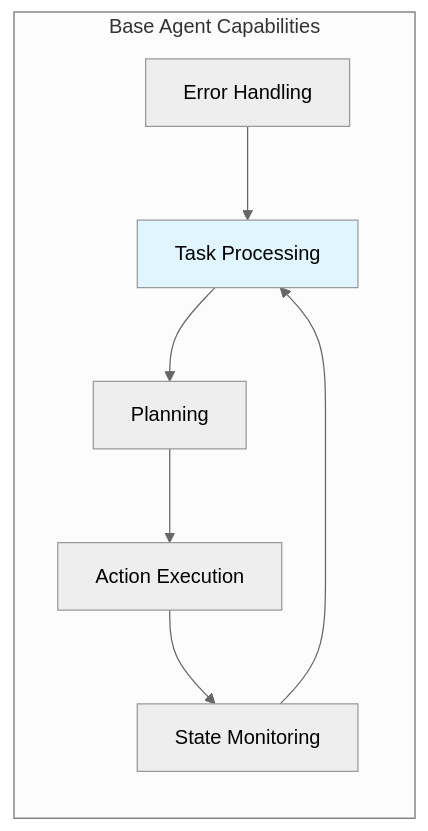
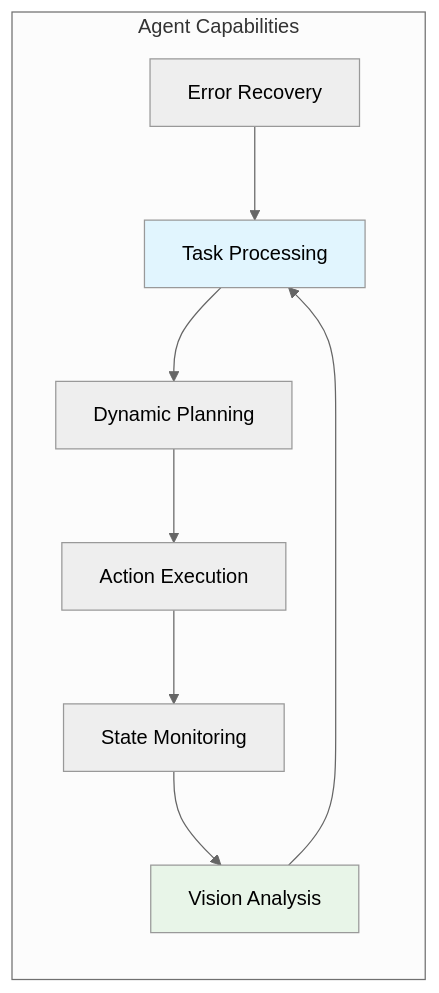
One commit to Sathursan-S/Browser.AI changed the second of 8 diagrams in docs/agent-implementation.md. Above: the diagram before and after it, drawn with Mermaid (neutral theme). The commit also changed other lines of this file, not shown here.

Commit message:
Fix agent implementation documentation to reflect actual codebase - remove non-existent LangGraph and CrewAI agents

````diff
--- a/docs/agent-implementation.md
+++ b/docs/agent-implementation.md
@@ -90,18 +105,21 @@
 ```mermaid
 graph LR
-    subgraph "Base Agent Capabilities"
+    subgraph "Agent Capabilities"
         Task[Task Processing]
-        Plan[Planning]
+        Plan[Dynamic Planning]
         Execute[Action Execution]
         Monitor[State Monitoring]
-        Error[Error Handling]
+        Error[Error Recovery]
+        Vision[Vision Analysis]
     end
     
     Task --> Plan
     Plan --> Execute
     Execute --> Monitor
-    Monitor --> Task
+    Monitor --> Vision
+    Vision --> Task
     Error --> Task
     
     style Task fill:#e1f5fe
+    style Vision fill:#e8f5e8
 ```
````
